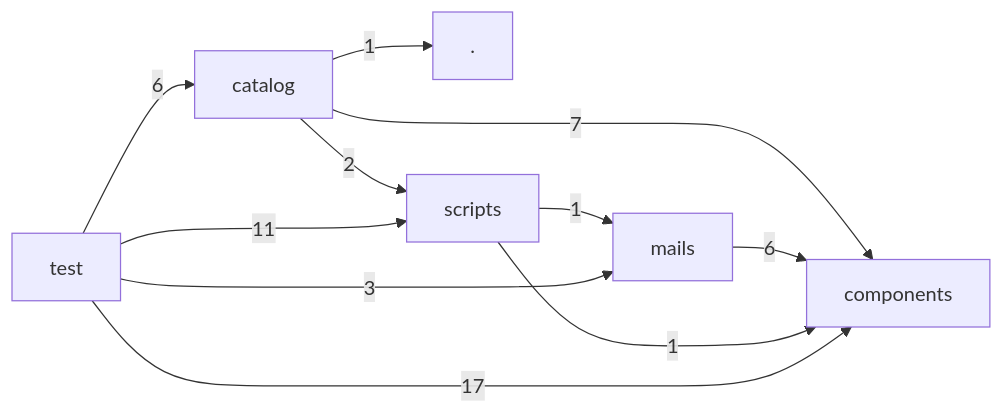
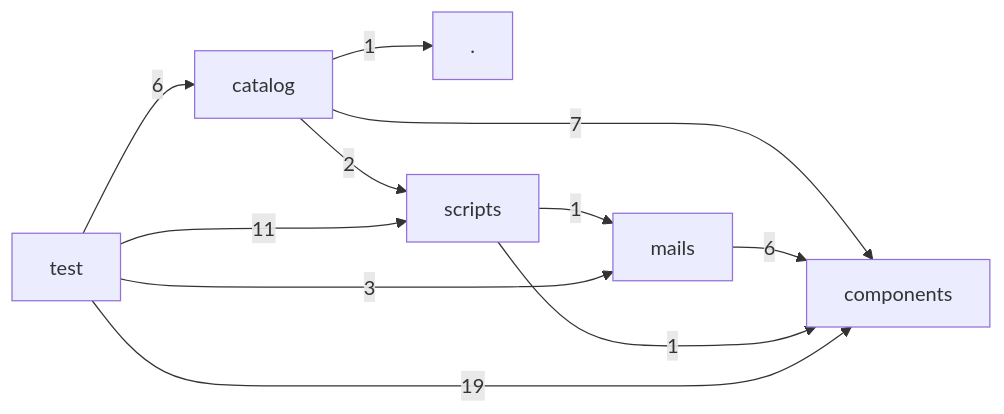
One commit to hackersandwizards/mail changed the diagram in docs/architecture/layers.md. Above: the diagram before and after it, drawn with Mermaid. The commit also changed 7 other files, not shown here.

````diff
--- a/docs/architecture/layers.md
+++ b/docs/architecture/layers.md
@@ -3,19 +3,19 @@
 ```mermaid
 graph LR
   L0["."]
   L1["catalog"]
   L2["components"]
   L3["mails"]
   L4["scripts"]
   L5["test"]
   L1 -->|1| L0
   L1 -->|7| L2
   L1 -->|2| L4
   L3 -->|6| L2
   L4 -->|1| L2
   L4 -->|1| L3
   L5 -->|6| L1
-  L5 -->|17| L2
+  L5 -->|19| L2
   L5 -->|3| L3
   L5 -->|11| L4
 ```
````
